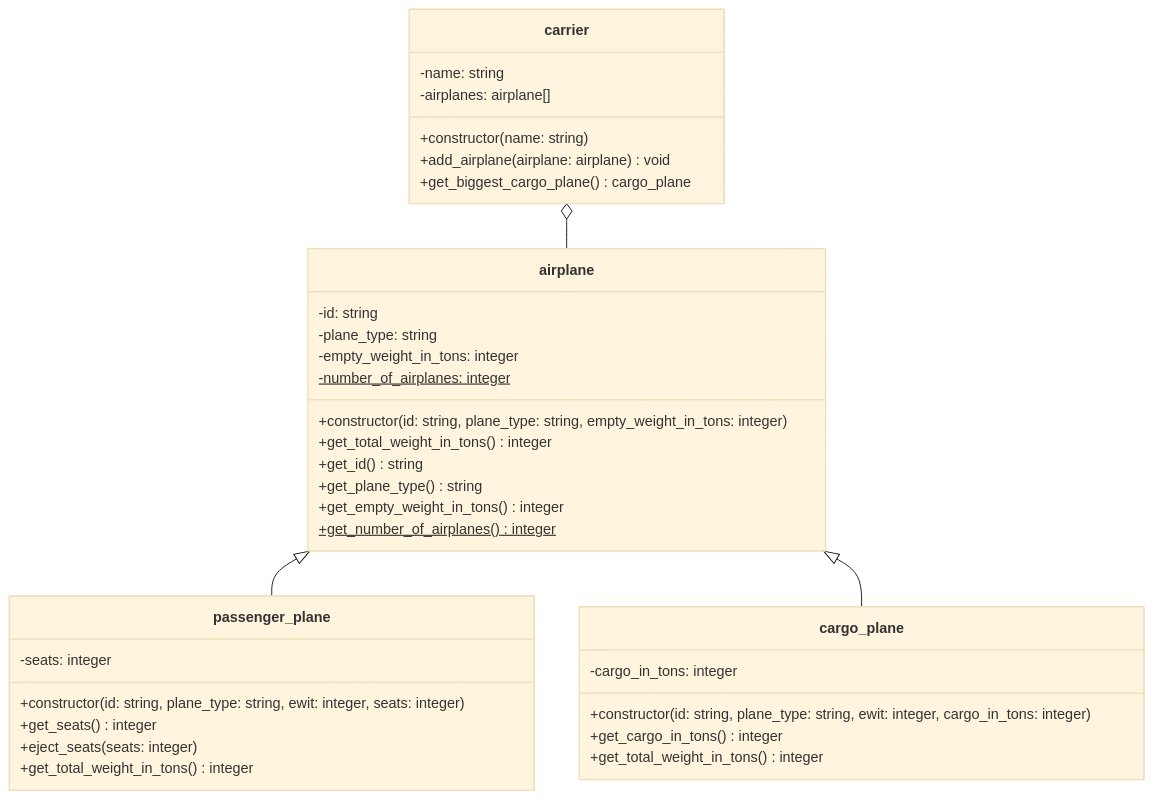
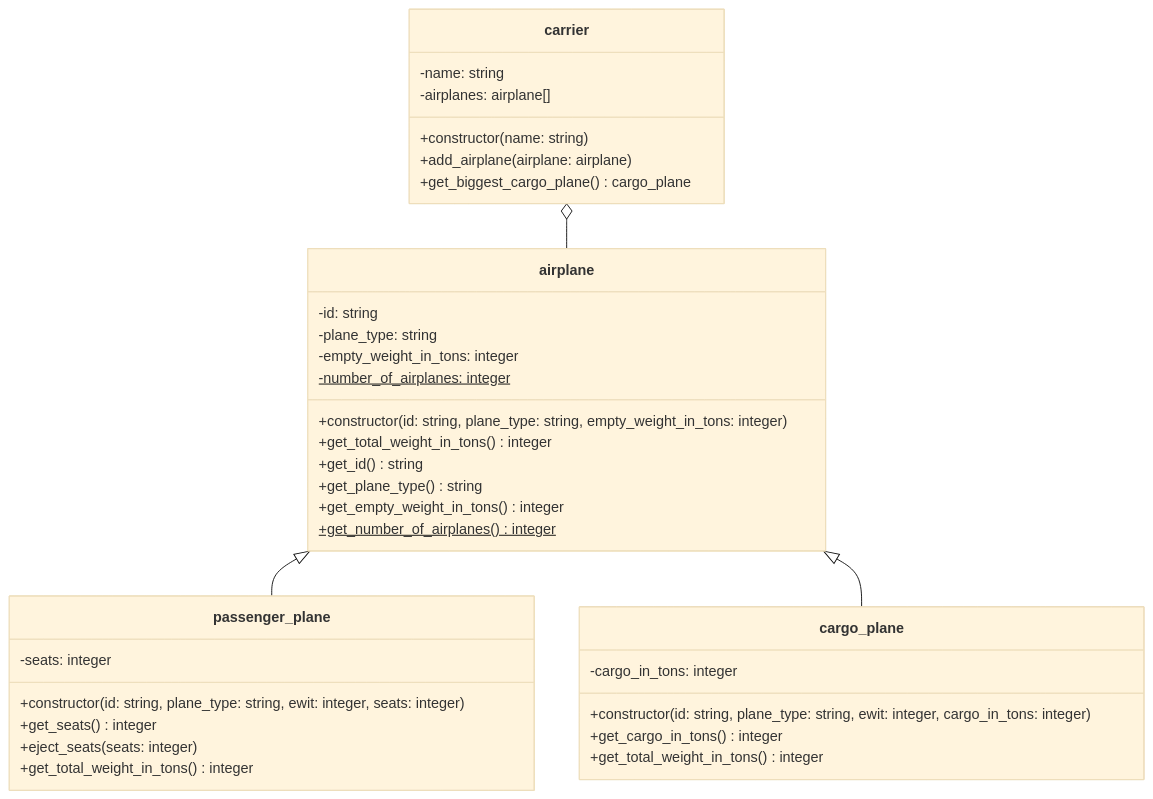
Before and after one commit to appenmaier/s4hana: the diagram in docs/exercises/abap-objects/abap-objects-07.md, drawn with Mermaid (base theme).

````diff
--- a/docs/exercises/abap-objects/abap-objects-07.md
+++ b/docs/exercises/abap-objects/abap-objects-07.md
@@ -18,42 +18,42 @@
 ```mermaid
 classDiagram
    carrier o-- airplane
    airplane <|-- passenger_plane
    airplane <|-- cargo_plane
 
    class airplane {
       -id: string
       -plane_type: string
       -empty_weight_in_tons: integer
       -number_of_airplanes: integer$
       +constructor(id: string, plane_type: string, empty_weight_in_tons: integer)
       +get_total_weight_in_tons() integer
       +get_id() string
       +get_plane_type() string
       +get_empty_weight_in_tons() integer
       +get_number_of_airplanes() integer$
    }
 
    class passenger_plane {
       -seats: integer
       +constructor(id: string, plane_type: string, ewit: integer, seats: integer)
       +get_seats() integer
       +eject_seats(seats: integer)
       +get_total_weight_in_tons() integer
    }
 
    class cargo_plane {
       -cargo_in_tons: integer
       +constructor(id: string, plane_type: string, ewit: integer, cargo_in_tons: integer)
       +get_cargo_in_tons() integer
       +get_total_weight_in_tons() integer
    }
 
    class carrier {
       -name: string
       -airplanes: airplane[]
       +constructor(name: string)
-      +add_airplane(airplane: airplane) void
+      +add_airplane(airplane: airplane)
       +get_biggest_cargo_plane() cargo_plane
    }
 ```
````
